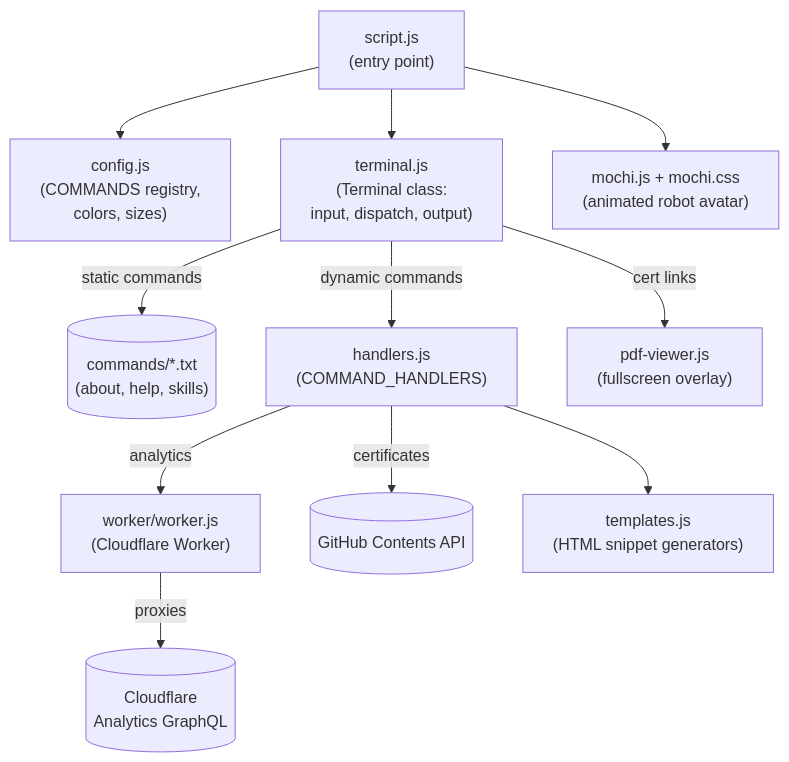
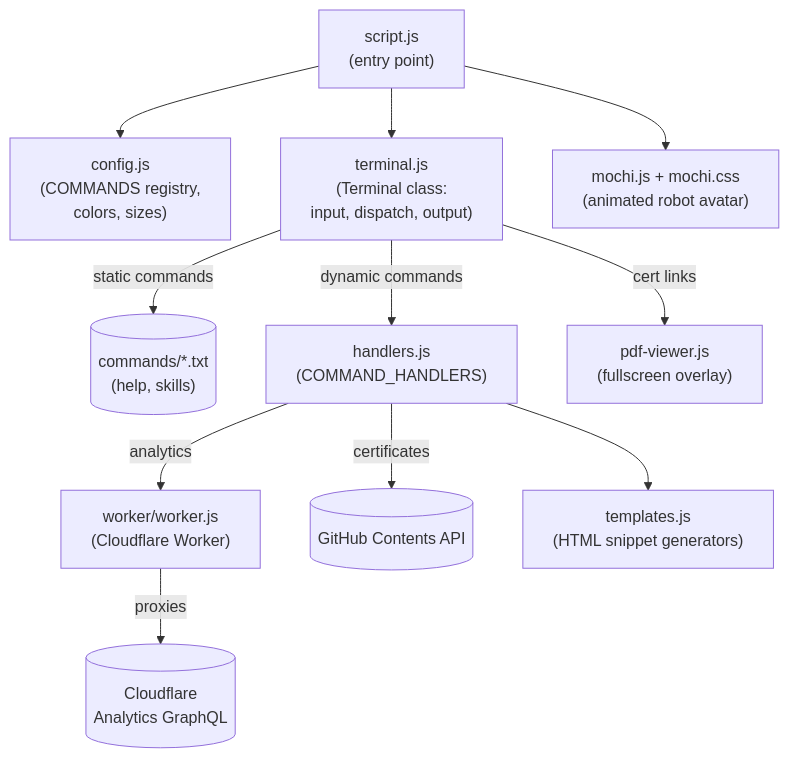
One commit to oleksiisedun/oleksiisedun.com changed the diagram in README.md. Above: the diagram before and after it, drawn with Mermaid. The commit also changed other lines of this file and 4 other files, not shown here.

````diff
--- a/README.md
+++ b/README.md
@@ -22,16 +22,16 @@
 ```mermaid
 graph TD
   Entry["script.js\n(entry point)"] --> Config["config.js\n(COMMANDS registry,\ncolors, sizes)"]
   Entry --> Terminal["terminal.js\n(Terminal class:\ninput, dispatch, output)"]
   Entry --> Mochi["mochi.js + mochi.css\n(animated robot avatar)"]
 
-  Terminal -->|static commands| StaticFiles[("commands/*.txt\n(about, help, skills)")]
+  Terminal -->|static commands| StaticFiles[("commands/*.txt\n(help, skills)")]
   Terminal -->|dynamic commands| Handlers["handlers.js\n(COMMAND_HANDLERS)"]
   Terminal -->|cert links| PDFViewer["pdf-viewer.js\n(fullscreen overlay)"]
 
   Handlers -->|analytics| Worker["worker/worker.js\n(Cloudflare Worker)"]
   Handlers -->|certificates| GitHubAPI[("GitHub Contents API")]
   Worker -->|proxies| CFAnalytics[("Cloudflare\nAnalytics GraphQL")]
 
   Handlers --> Templates["templates.js\n(HTML snippet generators)"]
 ```
````
